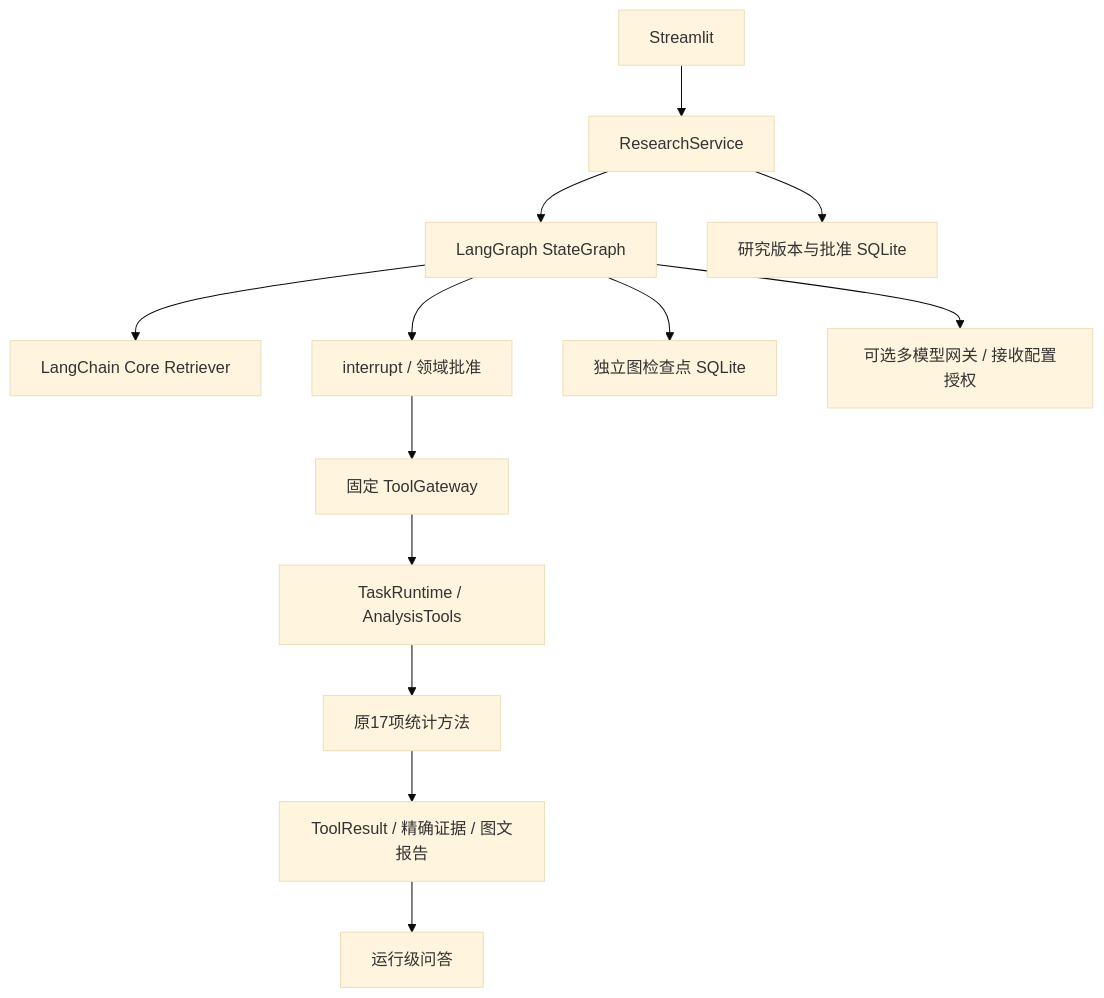
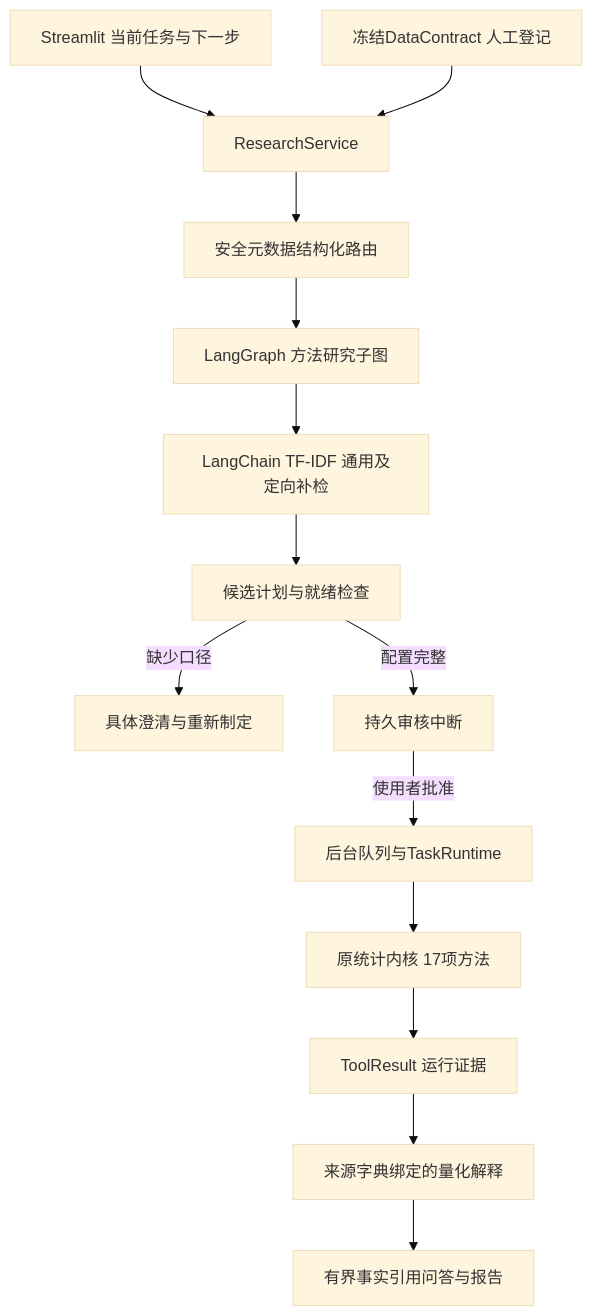
Before and after one commit to JiamWei624/CausalOps: the diagram in docs/diagrams/current-architecture.mmd, drawn with Mermaid (base theme). The commit also changed 50 other files, not shown here.

```diff
--- a/docs/diagrams/current-architecture.mmd
+++ b/docs/diagrams/current-architecture.mmd
@@ -1,13 +1,14 @@
 flowchart TD
-    UI[Streamlit] --> Service[ResearchService]
-    Service --> Graph[LangGraph StateGraph]
-    Graph --> Retriever[LangChain Core Retriever]
-    Graph --> Review[interrupt / 领域批准]
-    Review --> Gateway[固定 ToolGateway]
-    Gateway --> Runtime[TaskRuntime / AnalysisTools]
-    Runtime --> Tools[原17项统计方法]
-    Tools --> Evidence[ToolResult / 精确证据 / 图文报告]
-    Evidence --> Answer[运行级问答]
-    Graph --> Checkpoints[独立图检查点 SQLite]
-    Service --> Domain[研究版本与批准 SQLite]
-    Graph --> Provider[可选多模型网关 / 接收配置授权]
+  UI[Streamlit 当前任务与下一步] --> Service[ResearchService]
+  Contract[冻结DataContract 人工登记] --> Service
+  Service --> Router[安全元数据结构化路由]
+  Router --> Methods[LangGraph 方法研究子图]
+  Methods --> Retrieve[LangChain TF-IDF 通用及定向补检]
+  Retrieve --> Plan[候选计划与就绪检查]
+  Plan -->|缺少口径| Clarify[具体澄清与重新制定]
+  Plan -->|配置完整| Review[持久审核中断]
+  Review -->|使用者批准| Jobs[后台队列与TaskRuntime]
+  Jobs --> Stats[原统计内核 17项方法]
+  Stats --> Run[ToolResult 运行证据]
+  Run --> Conclusion[来源字典绑定的量化解释]
+  Conclusion --> QA[有界事实引用问答与报告]
```
